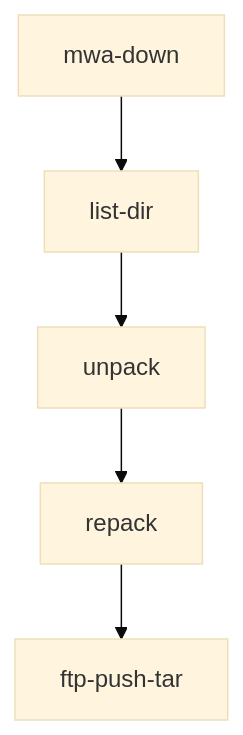
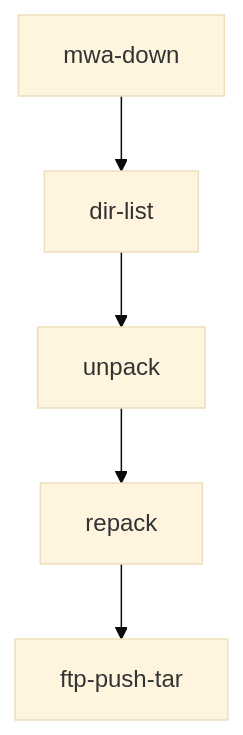
Before and after one commit to kaichao/app-mwa: the third of 4 diagrams in README.md, drawn with Mermaid (base theme). The commit also changed other lines of this file, not shown here.

````diff
--- a/README.md
+++ b/README.md
@@ -236,9 +235,9 @@
 ```mermaid
 
 flowchart TB
-  mwa-down --> list-dir
-  list-dir --> unpack
+  mwa-down --> dir-list
+  dir-list --> unpack
   unpack --> repack
   repack --> ftp-push-tar
 
 ```
````
